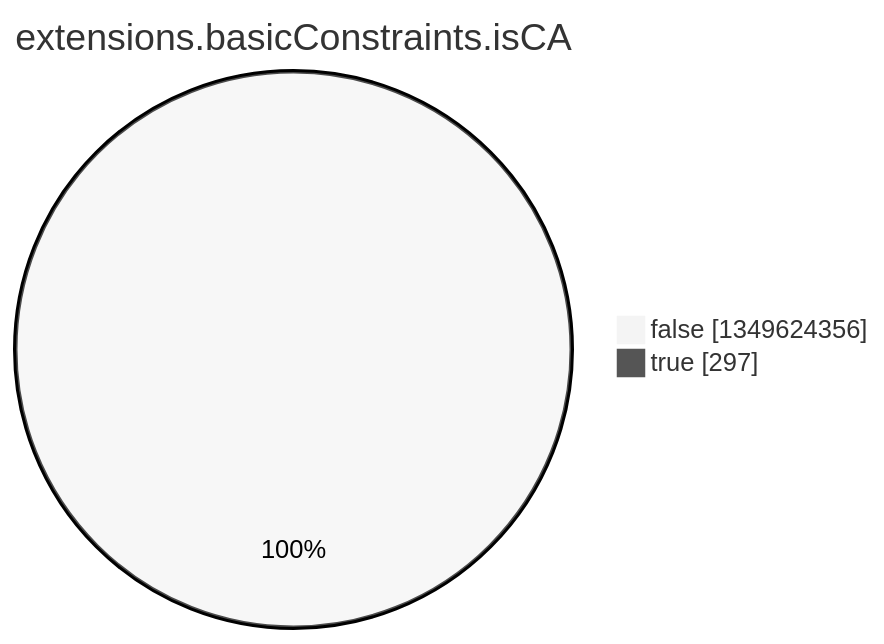
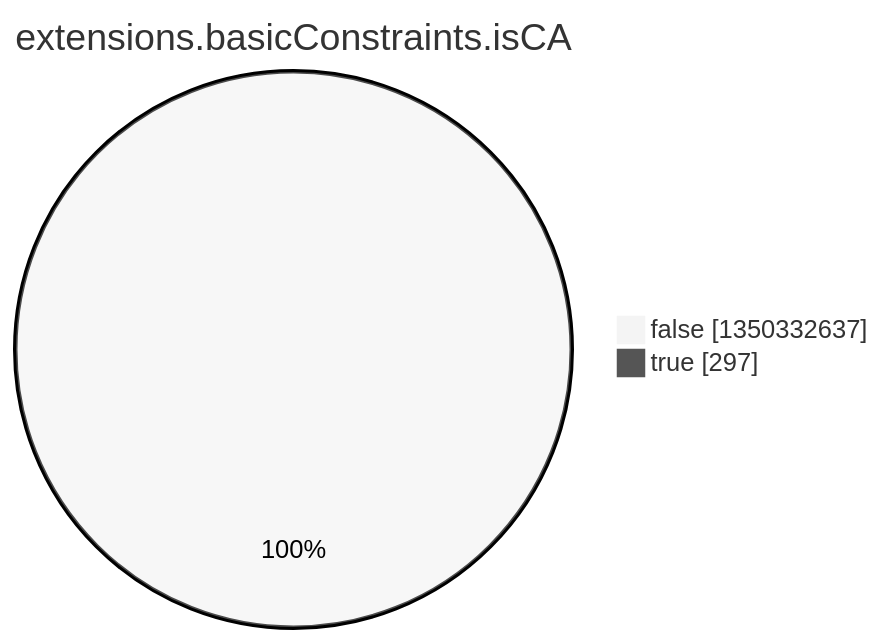
Before and after one commit to christiankrug/ctmonitor_visualization: the eighth of 15 diagrams in argon2022/README.md, drawn with Mermaid (neutral theme). The commit also changed other lines of this file, not shown here.

````diff
--- a/argon2022/README.md
+++ b/argon2022/README.md
@@ -2758,6 +2758,6 @@
 ```mermaid
 pie showData
 title extensions.basicConstraints.isCA
-"false" :1349624356
+"false" :1350332637
 "true" :297
 ```
````
